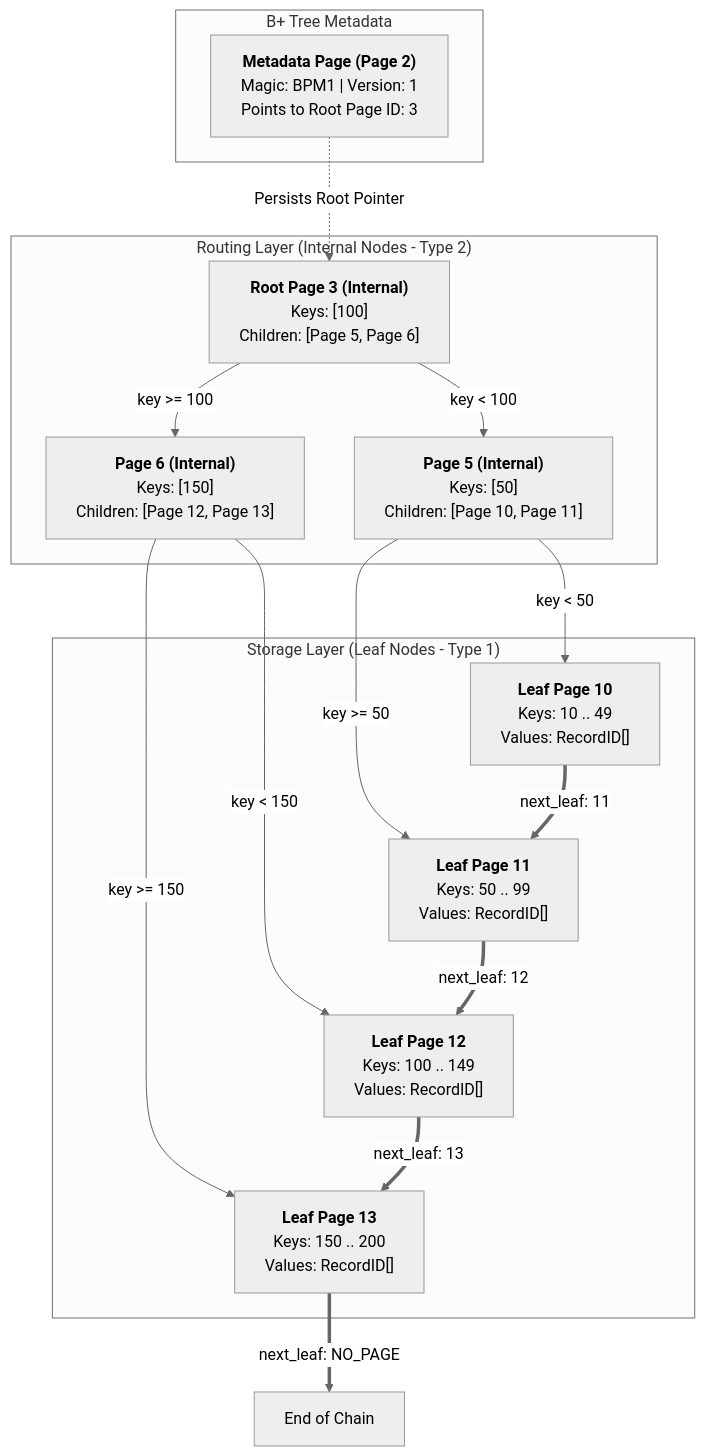
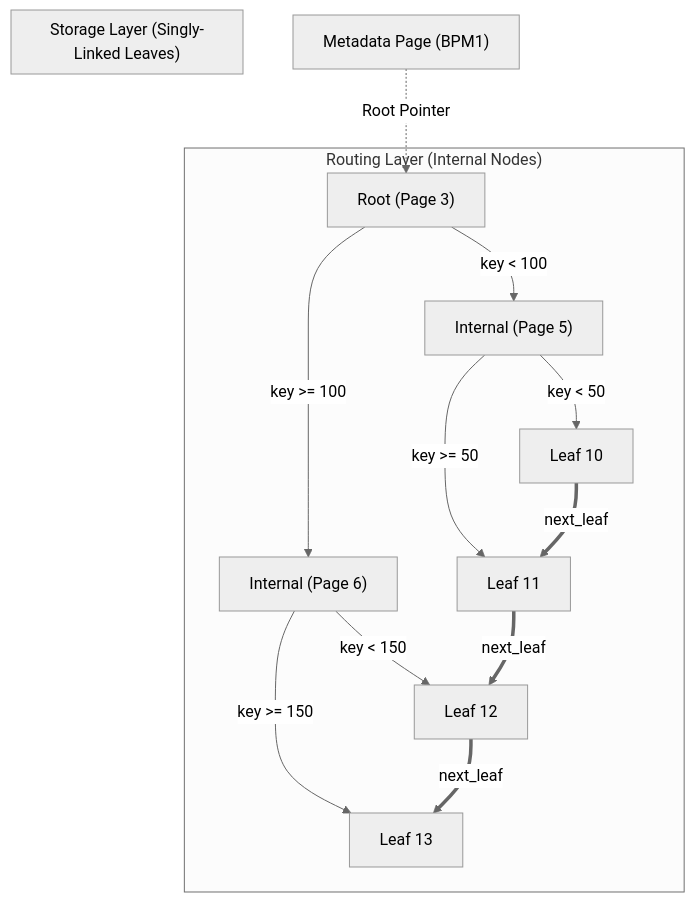
The first of 3 diagrams in docs/architecture/bplus-tree.md (KAAZamapiloT/QUARTZ_DB), drawn with Mermaid (neutral theme) before and after one commit. The commit also changed other lines of this file and 27 other files, not shown here.

````diff
--- a/docs/architecture/bplus-tree.md
+++ b/docs/architecture/bplus-tree.md
@@ -13,34 +13,19 @@
 ```mermaid
 graph TD
-    subgraph MetaBlock ["B+ Tree Metadata"]
-        META["<b>Metadata Page (Page 2)</b><br>Magic: BPM1 | Version: 1<br>Points to Root Page ID: 3"]
+    Meta["Metadata Page (BPM1)"] -.->|Root Pointer| Root
+
+    subgraph InternalNodes ["Routing Layer (Internal Nodes)"]
+        Root["Root (Page 3)"] -->|key &lt; 100| IntL["Internal (Page 5)"]
+        Root -->|key &gt;= 100| IntR["Internal (Page 6)"]
+        IntL -->|key &lt; 50| L1["Leaf 10"]
+        IntL -->|key &gt;= 50| L2["Leaf 11"]
+        IntR -->|key &lt; 150| L3["Leaf 12"]
+        IntR -->|key &gt;= 150| L4["Leaf 13"]
     end
 
-    subgraph InternalNodes ["Routing Layer (Internal Nodes - Type 2)"]
-        ROOT["<b>Root Page 3 (Internal)</b><br>Keys: [100]<br>Children: [Page 5, Page 6]"]
-        INT1["<b>Page 5 (Internal)</b><br>Keys: [50]<br>Children: [Page 10, Page 11]"]
-        INT2["<b>Page 6 (Internal)</b><br>Keys: [150]<br>Children: [Page 12, Page 13]"]
+    subgraph LeafChain ["Storage Layer (Singly-Linked Leaves)"]
+        L1 ==>|next_leaf| L2
+        L2 ==>|next_leaf| L3
+        L3 ==>|next_leaf| L4
     end
-
-    subgraph LeafNodes ["Storage Layer (Leaf Nodes - Type 1)"]
-        L1["<b>Leaf Page 10</b><br>Keys: 10 .. 49<br>Values: RecordID[]"]
-        L2["<b>Leaf Page 11</b><br>Keys: 50 .. 99<br>Values: RecordID[]"]
-        L3["<b>Leaf Page 12</b><br>Keys: 100 .. 149<br>Values: RecordID[]"]
-        L4["<b>Leaf Page 13</b><br>Keys: 150 .. 200<br>Values: RecordID[]"]
-    end
-
-    META -.->|Persists Root Pointer| ROOT
-    ROOT -->|key &lt; 100| INT1
-    ROOT -->|key &gt;= 100| INT2
-
-    INT1 -->|key &lt; 50| L1
-    INT1 -->|key &gt;= 50| L2
-
-    INT2 -->|key &lt; 150| L3
-    INT2 -->|key &gt;= 150| L4
-
-    L1 ==>|next_leaf: 11| L2
-    L2 ==>|next_leaf: 12| L3
-    L3 ==>|next_leaf: 13| L4
-    L4 ==>|next_leaf: NO_PAGE| END[End of Chain]
 ```
````
